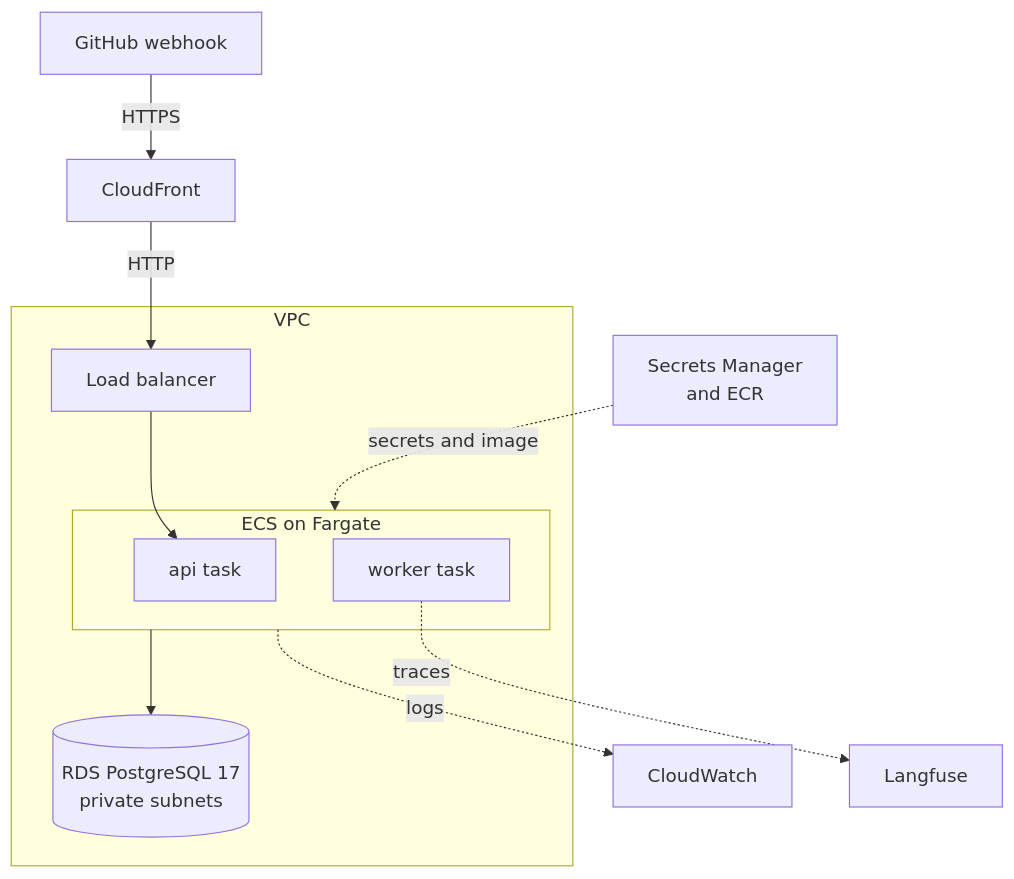
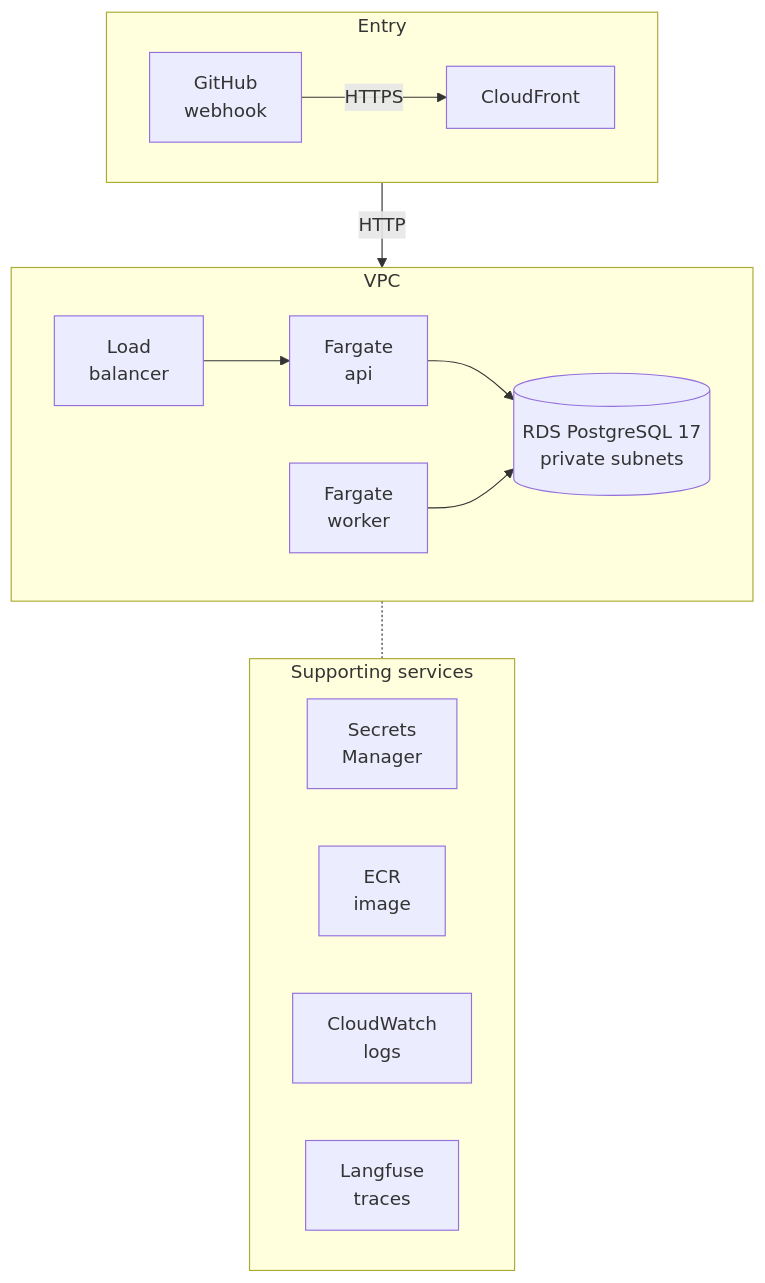
The second of 2 diagrams in README.md (dalmirosf/cicd-doctor), drawn with Mermaid before and after one commit. The commit also changed other lines of this file, not shown here.

Commit message:
README: lay the diagrams out in short rows

````diff
--- a/README.md
+++ b/README.md
@@ -71,16 +81,22 @@
 ```mermaid
-flowchart TD
-    GH[GitHub webhook] -->|HTTPS| CF[CloudFront]
-    CF -->|HTTP| ALB
-    SM[Secrets Manager<br/>and ECR] -.->|secrets and image| TASKS
+flowchart TB
+    subgraph ENTRY[Entry]
+        direction LR
+        GH[GitHub<br/>webhook] -->|HTTPS| CF[CloudFront]
+    end
     subgraph VPC
-        ALB[Load balancer] --> API
-        subgraph TASKS[ECS on Fargate]
-            API[api task]
-            W[worker task]
-        end
-        TASKS --> RDS[(RDS PostgreSQL 17<br/>private subnets)]
+        direction LR
+        ALB[Load<br/>balancer] --> API[Fargate<br/>api]
+        API --> RDS[(RDS PostgreSQL 17<br/>private subnets)]
+        W[Fargate<br/>worker] --> RDS
     end
-    TASKS -.->|logs| CW[CloudWatch]
-    W -.->|traces| LF[Langfuse]
+    subgraph AROUND[Supporting services]
+        direction LR
+        SM[Secrets<br/>Manager]
+        ECR[ECR<br/>image]
+        CW[CloudWatch<br/>logs]
+        LF[Langfuse<br/>traces]
+    end
+    ENTRY -->|HTTP| VPC
+    VPC -.- AROUND
 ```
````
